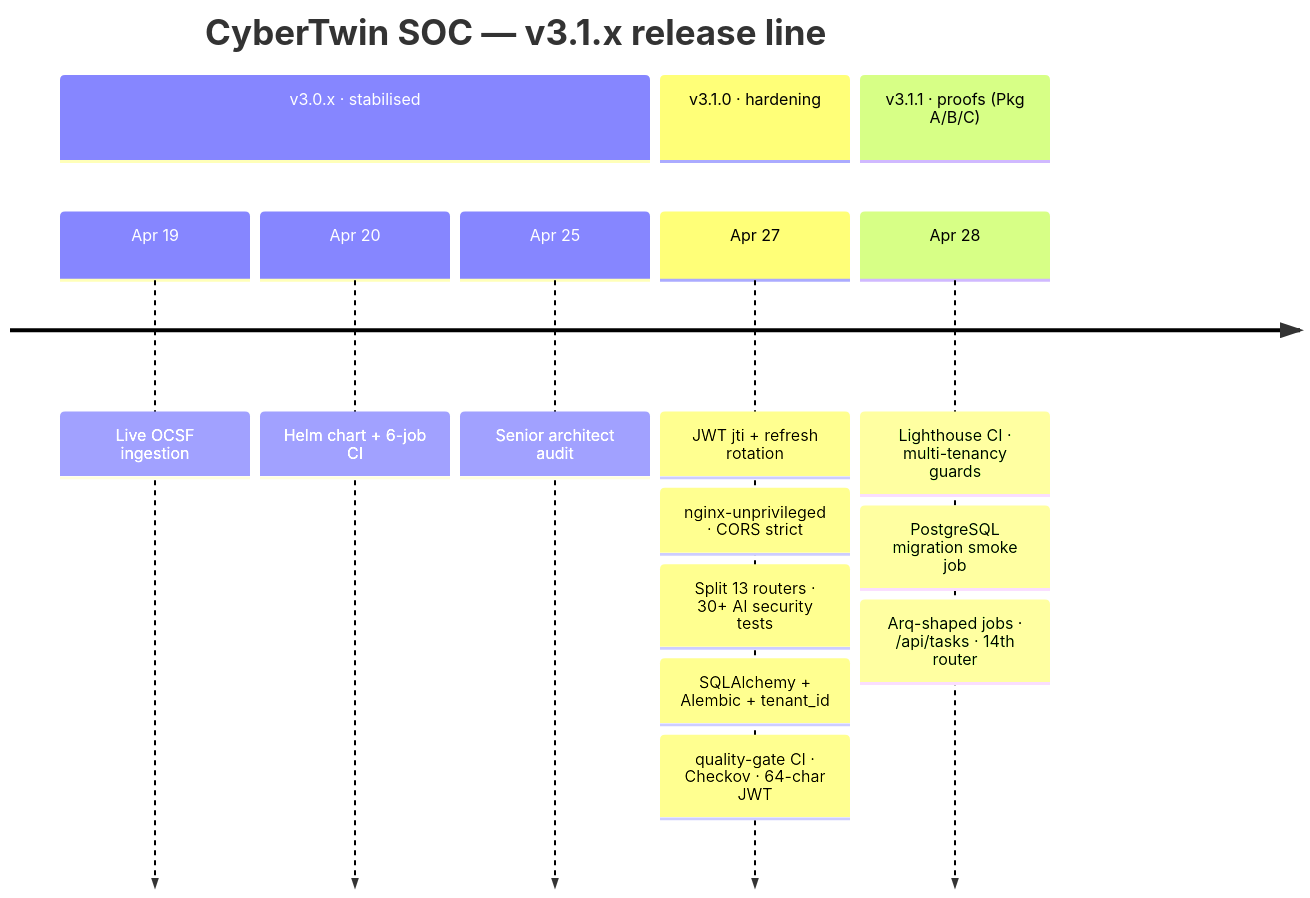
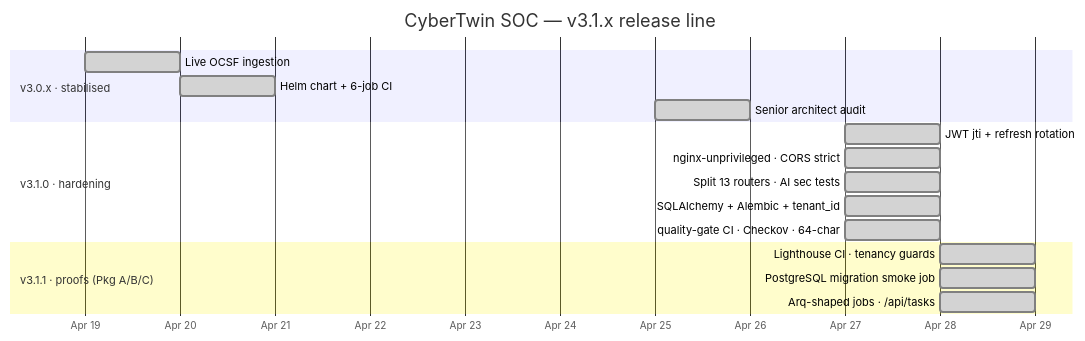
The second of 19 diagrams in README.md (omarbabba779xx/CyberTwin-SOC), drawn with Mermaid before and after one commit. The commit also changed other lines of this file, not shown here.

First line of the commit message:
fix(readme): replace unsupported mermaid diagrams (mindmap, timeline) with GitHub-compatible types

````diff
--- a/README.md
+++ b/README.md
@@ -180,18 +180,23 @@
 ```mermaid
-timeline
+gantt
     title CyberTwin SOC — v3.1.x release line
+    dateFormat YYYY-MM-DD
+    axisFormat %b %d
+
     section v3.0.x · stabilised
-        Apr 19  : Live OCSF ingestion
-        Apr 20  : Helm chart + 6-job CI
-        Apr 25  : Senior architect audit
+        Live OCSF ingestion           :done, a1, 2026-04-19, 1d
+        Helm chart + 6-job CI         :done, a2, 2026-04-20, 1d
+        Senior architect audit        :done, a3, 2026-04-25, 1d
+
     section v3.1.0 · hardening
-        Apr 27  : JWT jti + refresh rotation
-                : nginx-unprivileged · CORS strict
-                : Split 13 routers · 30+ AI security tests
-                : SQLAlchemy + Alembic + tenant_id
-                : quality-gate CI · Checkov · 64-char JWT
+        JWT jti + refresh rotation          :done, b1, 2026-04-27, 1d
+        nginx-unprivileged · CORS strict    :done, b2, 2026-04-27, 1d
+        Split 13 routers · AI sec tests     :done, b3, 2026-04-27, 1d
+        SQLAlchemy + Alembic + tenant_id    :done, b4, 2026-04-27, 1d
+        quality-gate CI · Checkov · 64-char :done, b5, 2026-04-27, 1d
+
     section v3.1.1 · proofs (Pkg A/B/C)
-        Apr 28  : Lighthouse CI · multi-tenancy guards
-                : PostgreSQL migration smoke job
-                : Arq-shaped jobs · /api/tasks · 14th router
+        Lighthouse CI · tenancy guards      :done, c1, 2026-04-28, 1d
+        PostgreSQL migration smoke job      :done, c2, 2026-04-28, 1d
+        Arq-shaped jobs · /api/tasks        :done, c3, 2026-04-28, 1d
 ```
````
